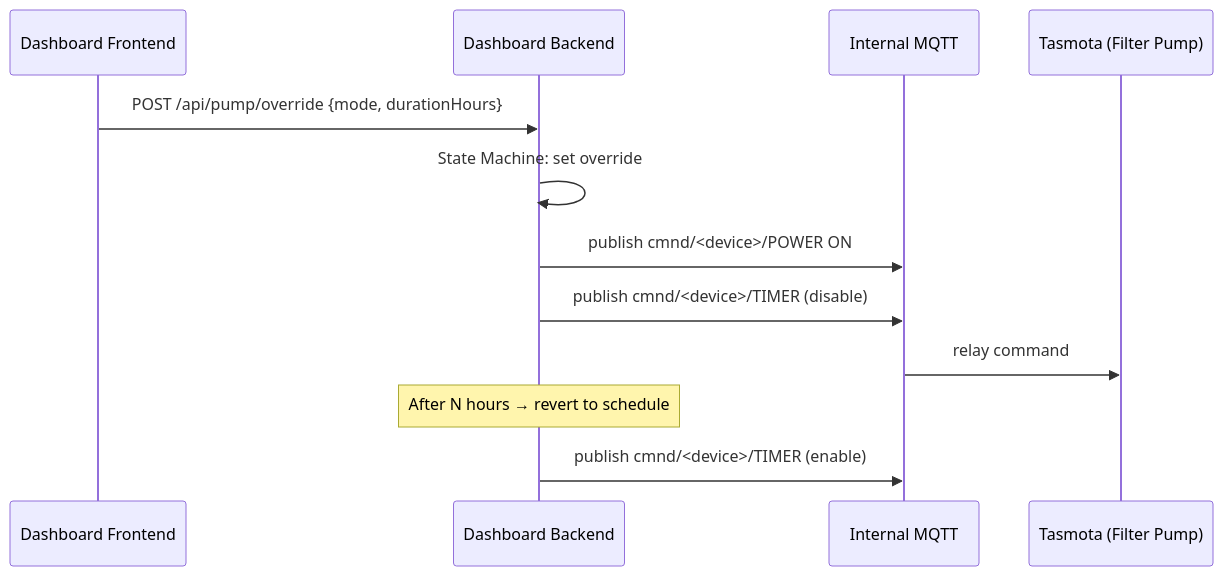
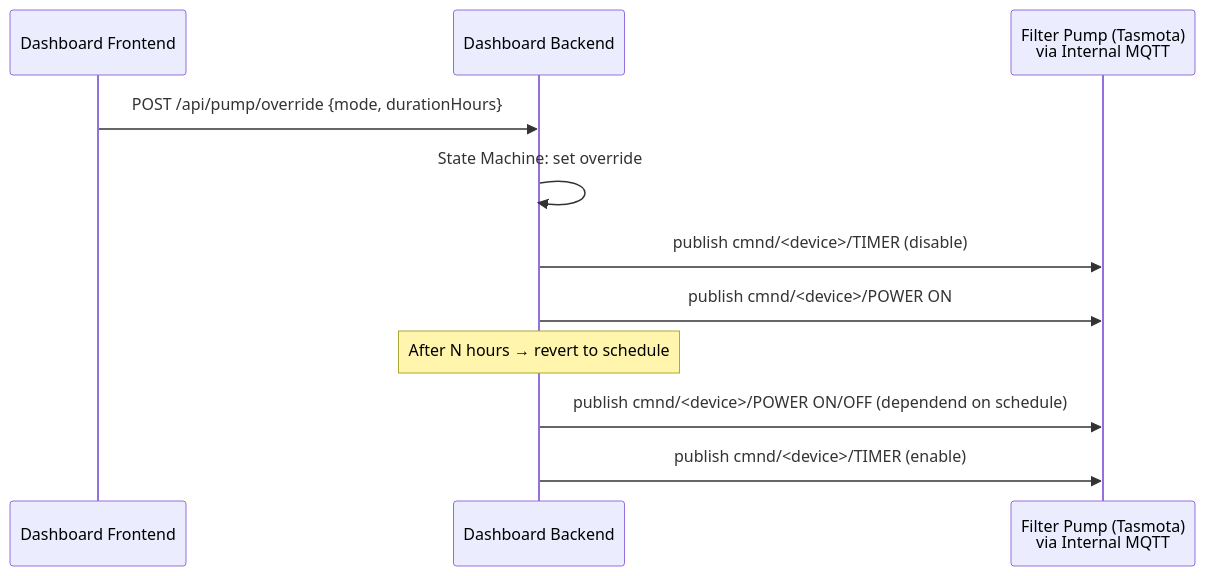
Before and after one commit to the-real-orca/Pool-Monitoring-WebApp: the third of 9 diagrams in Dashboard/docs/Pool-Dashboard - Functional Specification (FSD).md, drawn with Mermaid. The commit also changed other lines of this file and 10 other files, not shown here.

Commit message:
doc: update data flow

````diff
--- a/Dashboard/docs/Pool-Dashboard - Functional Specification (FSD).md
+++ b/Dashboard/docs/Pool-Dashboard - Functional Specification (FSD).md
@@ -110,16 +98,16 @@
 ```mermaid
 sequenceDiagram
     participant FE as Dashboard Frontend
     participant DB as Dashboard Backend
-    participant IntMQTT as Internal MQTT
-    participant Tasmota as Tasmota (Filter Pump)
+    participant Tasmota as Filter Pump (Tasmota) <br> via Internal MQTT
 
     FE->>DB: POST /api/pump/override {mode, durationHours}
     DB->>DB: State Machine: set override
-    DB->>IntMQTT: publish cmnd/<device>/POWER ON
-    DB->>IntMQTT: publish cmnd/<device>/TIMER (disable)
-    IntMQTT->>Tasmota: relay command
+    DB->>Tasmota: publish cmnd/<device>/TIMER (disable)
+    DB->>Tasmota: publish cmnd/<device>/POWER ON
 
     Note over DB: After N hours → revert to schedule
-    DB->>IntMQTT: publish cmnd/<device>/TIMER (enable)
+
+    DB->>Tasmota: publish cmnd/<device>/POWER ON/OFF (dependend on schedule)
+    DB->>Tasmota: publish cmnd/<device>/TIMER (enable)
 ```
````
